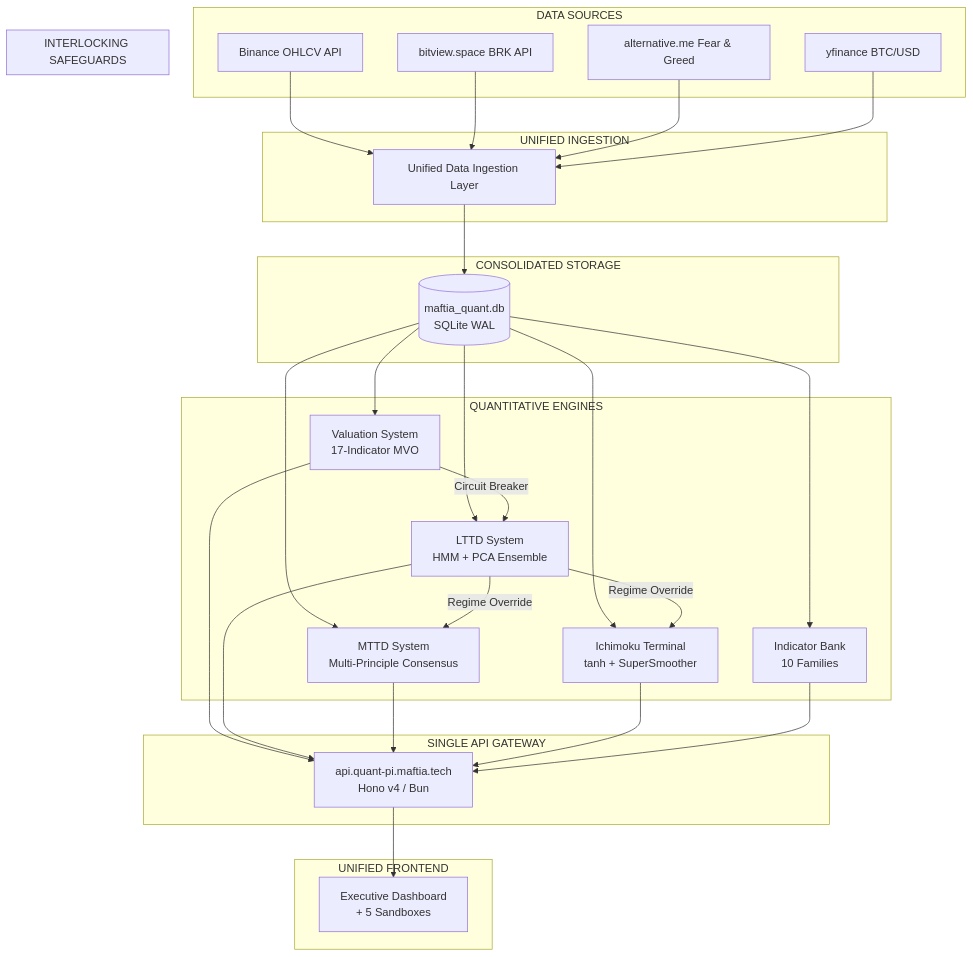
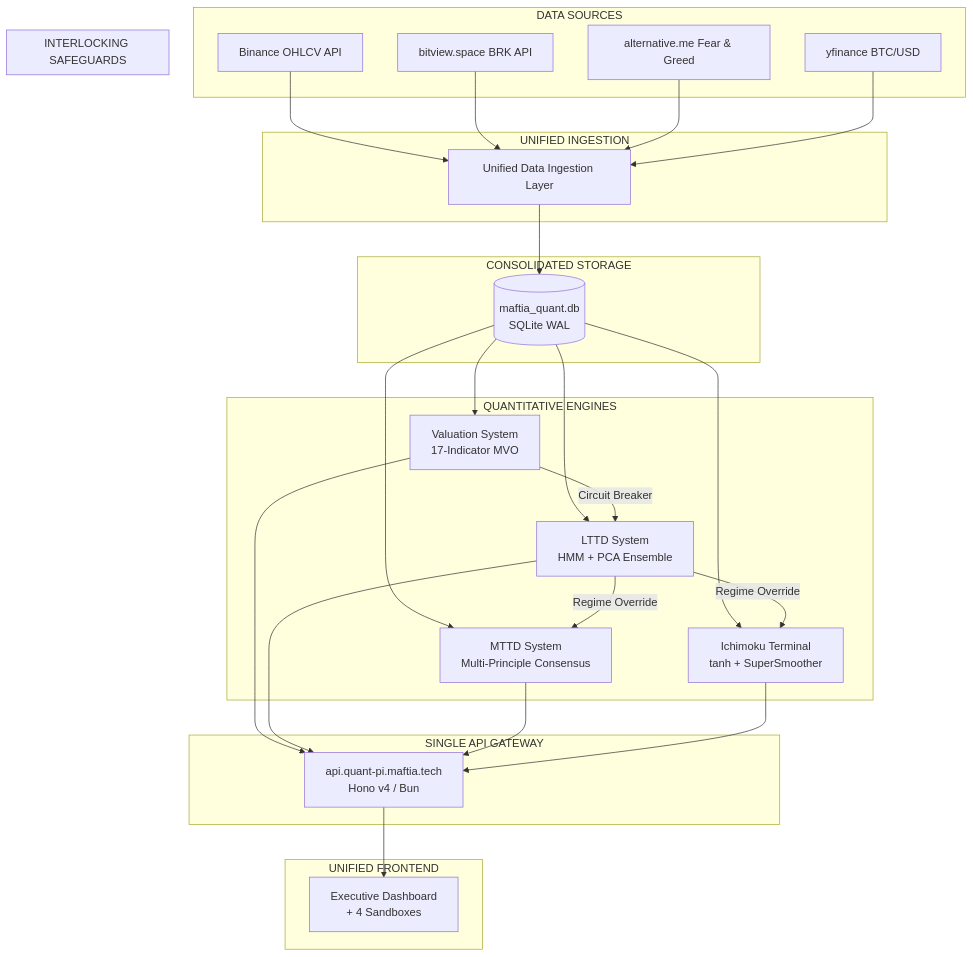
Before and after one commit to lutfi-zain/quant-pi.maftia.tech: the first of 7 diagrams in UNIFIED_SYSTEM_ARCHITECTURE.md, drawn with Mermaid. The commit also changed other lines of this file and 7 other files, not shown here.

First line of the commit message:
feat: unify 4 systems, remove indicator bank, add AGENTS.md

````diff
--- a/UNIFIED_SYSTEM_ARCHITECTURE.md
+++ b/UNIFIED_SYSTEM_ARCHITECTURE.md
@@ -28,40 +28,38 @@
 ```mermaid
 graph TB
     subgraph "DATA SOURCES"
         BINANCE[Binance OHLCV API]
         BRK[bitview.space BRK API]
         ALT[alternative.me Fear & Greed]
         YF[yfinance BTC/USD]
     end
     subgraph "UNIFIED INGESTION"
         BINANCE --> INGEST[Unified Data Ingestion Layer]
         BRK --> INGEST
         ALT --> INGEST
         YF --> INGEST
     end
     subgraph "CONSOLIDATED STORAGE"
         INGEST --> DB[(maftia_quant.db<br/>SQLite WAL)]
     end
     subgraph "QUANTITATIVE ENGINES"
         DB --> VAL[Valuation System<br/>17-Indicator MVO]
         DB --> LTTD[LTTD System<br/>HMM + PCA Ensemble]
         DB --> MTTD[MTTD System<br/>Multi-Principle Consensus]
         DB --> ICHI[Ichimoku Terminal<br/>tanh + SuperSmoother]
-        DB --> BANK[Indicator Bank<br/>10 Families]
     end
     subgraph "INTERLOCKING SAFEGUARDS"
         VAL -->|Circuit Breaker| LTTD
         LTTD -->|Regime Override| MTTD
         LTTD -->|Regime Override| ICHI
     end
     subgraph "SINGLE API GATEWAY"
         VAL --> API[api.quant-pi.maftia.tech<br/>Hono v4 / Bun]
         LTTD --> API
         MTTD --> API
         ICHI --> API
-        BANK --> API
     end
     subgraph "UNIFIED FRONTEND"
-        API --> FE[Executive Dashboard<br/>+ 5 Sandboxes]
+        API --> FE[Executive Dashboard<br/>+ 4 Sandboxes]
     end
 ```
````
